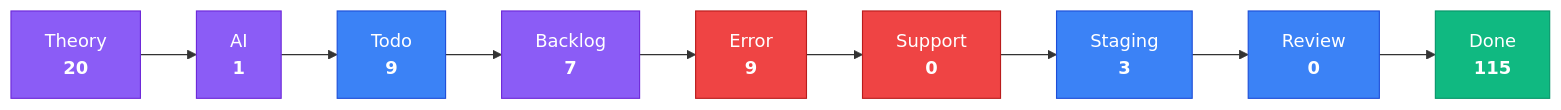
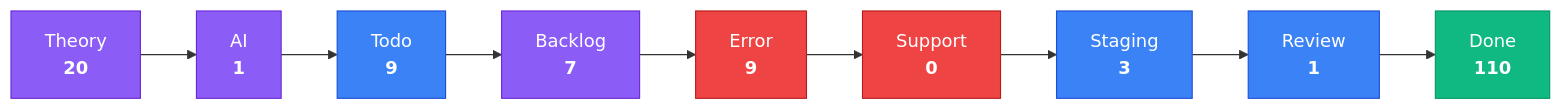
The third of 4 diagrams in apps/kbve/astro-kbve/src/content/docs/dashboard/kanban-data.mdx (KBVE/kbve), drawn with Mermaid before and after one commit. The commit also changed other lines of this file and 8 other files, not shown here.

````diff
--- a/apps/kbve/astro-kbve/src/content/docs/dashboard/kanban-data.mdx
+++ b/apps/kbve/astro-kbve/src/content/docs/dashboard/kanban-data.mdx
@@ -79,28 +80,28 @@
 ```mermaid
 flowchart LR
     classDef planning fill:#8b5cf6,stroke:#6d28d9,color:#fff
     classDef active fill:#3b82f6,stroke:#1d4ed8,color:#fff
     classDef blocked fill:#ef4444,stroke:#b91c1c,color:#fff
     classDef done fill:#10b981,stroke:#059669,color:#fff
     Theory["Theory<br/><strong>20</strong>"]
     Theory --> AI
     AI["AI<br/><strong>1</strong>"]
     AI --> Todo
     Todo["Todo<br/><strong>9</strong>"]
     Todo --> Backlog
     Backlog["Backlog<br/><strong>7</strong>"]
     Backlog --> Error
     Error["Error<br/><strong>9</strong>"]
     Error --> Support
     Support["Support<br/><strong>0</strong>"]
     Support --> Staging
     Staging["Staging<br/><strong>3</strong>"]
     Staging --> Review
-    Review["Review<br/><strong>0</strong>"]
+    Review["Review<br/><strong>1</strong>"]
     Review --> Done
-    Done["Done<br/><strong>115</strong>"]
+    Done["Done<br/><strong>110</strong>"]
     class Theory,AI,Backlog planning
     class Todo,Staging,Review active
     class Error,Support blocked
     class Done done
 ```
````
